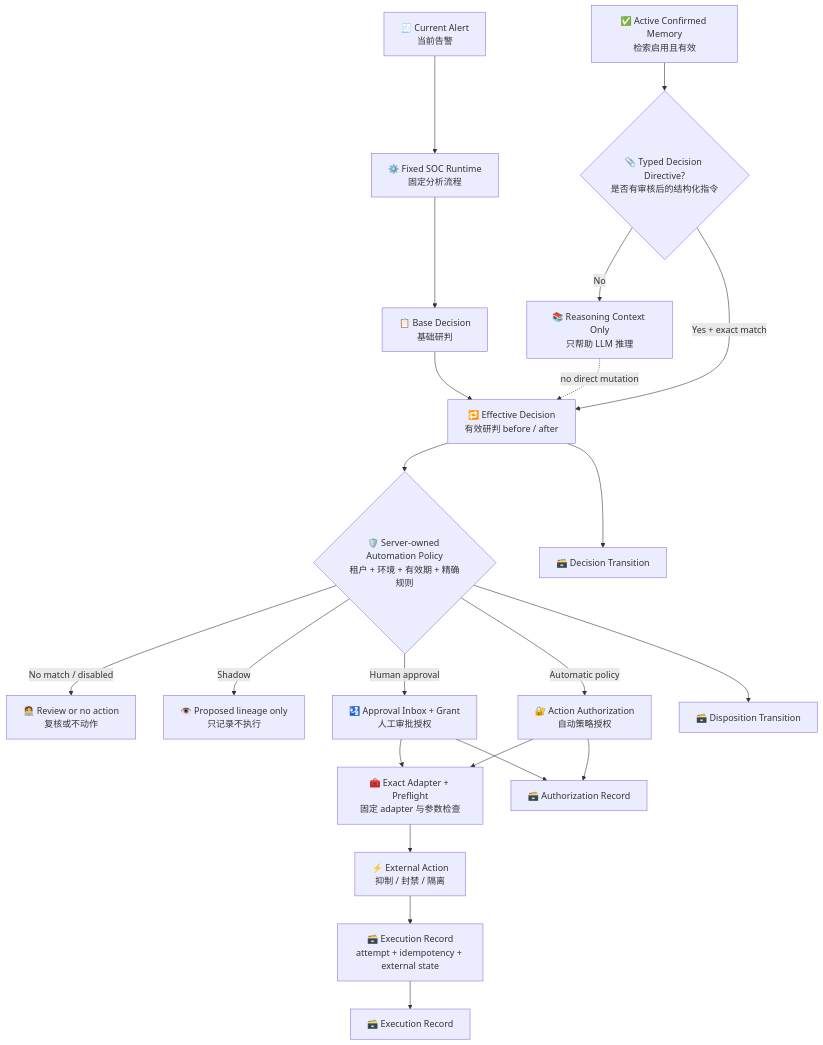
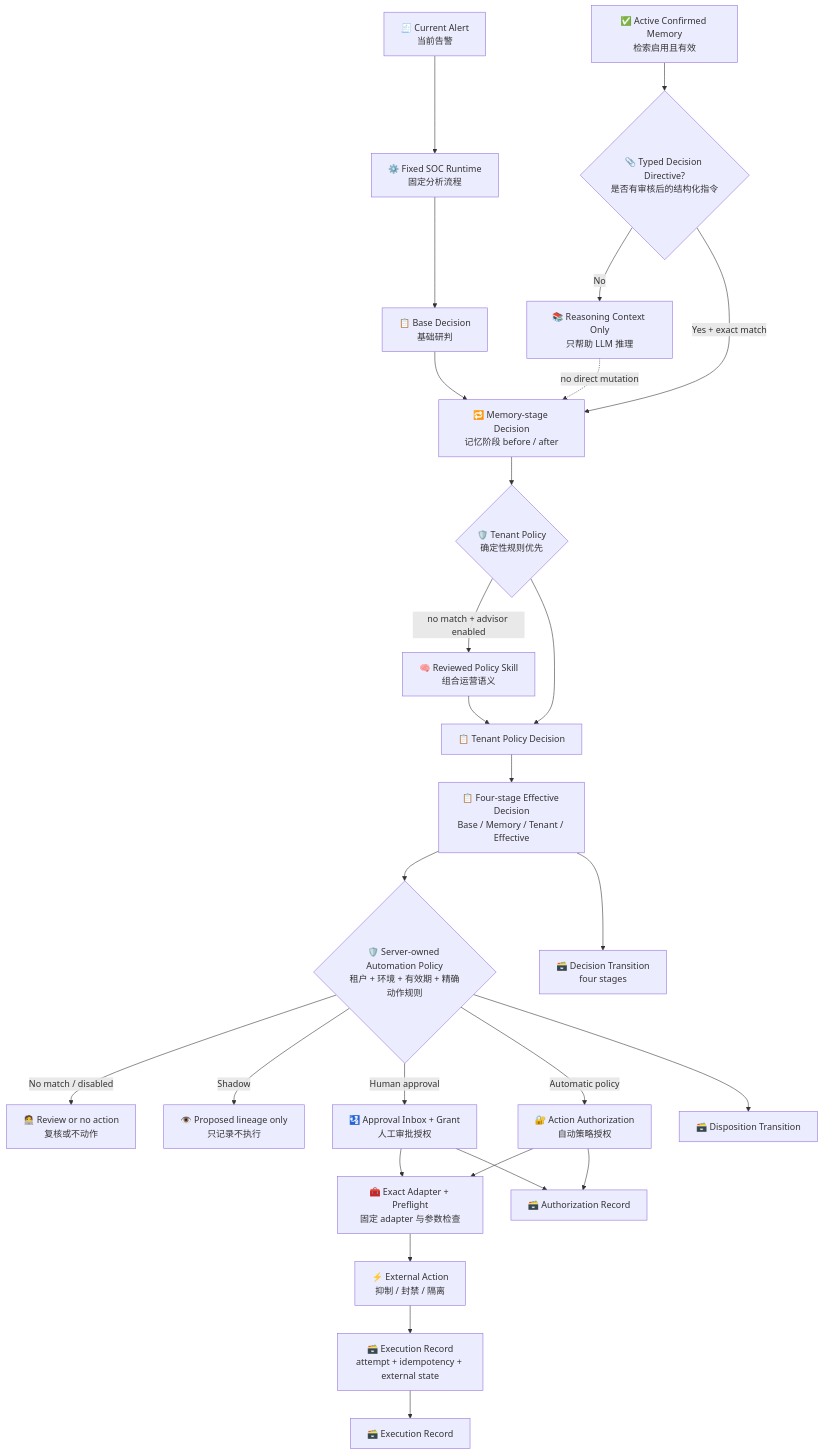
Before and after one commit to yydspanda/deer-flow: the diagram in .notes/ai_soc/governance/decision-disposition-action-automation.md, drawn with Mermaid. The commit also changed other lines of this file and 39 other files, not shown here.

Commit message:
feat(soc): govern tenant policy decision stages

````diff
--- a/.notes/ai_soc/governance/decision-disposition-action-automation.md
+++ b/.notes/ai_soc/governance/decision-disposition-action-automation.md
@@ -29,28 +33,34 @@
 ```mermaid
 flowchart TD
     A["🧾 Current Alert<br/>当前告警"] --> R["⚙️ Fixed SOC Runtime<br/>固定分析流程"]
     R --> B["📋 Base Decision<br/>基础研判"]
 
     M["✅ Active Confirmed Memory<br/>检索启用且有效"] --> D{"📎 Typed Decision Directive?<br/>是否有审核后的结构化指令"}
     D -->|No| C["📚 Reasoning Context Only<br/>只帮助 LLM 推理"]
-    D -->|Yes + exact match| E["🔁 Effective Decision<br/>有效研判 before / after"]
+    D -->|Yes + exact match| E["🔁 Memory-stage Decision<br/>记忆阶段 before / after"]
     B --> E
     C -. "no direct mutation" .-> E
 
-    E --> P{"🛡️ Server-owned Automation Policy<br/>租户 + 环境 + 有效期 + 精确规则"}
+    E --> TP{"🛡️ Tenant Policy<br/>确定性规则优先"}
+    TP -->|no match + advisor enabled| TPS["🧠 Reviewed Policy Skill<br/>组合运营语义"]
+    TP --> TD["📋 Tenant Policy Decision"]
+    TPS --> TD
+    TD --> F["📋 Four-stage Effective Decision<br/>Base / Memory / Tenant / Effective"]
+
+    F --> P{"🛡️ Server-owned Automation Policy<br/>租户 + 环境 + 有效期 + 精确动作规则"}
     P -->|No match / disabled| Q["🧑‍💻 Review or no action<br/>复核或不动作"]
     P -->|Shadow| S["👁️ Proposed lineage only<br/>只记录不执行"]
     P -->|Human approval| H["🛂 Approval Inbox + Grant<br/>人工审批授权"]
     P -->|Automatic policy| U["🔐 Action Authorization<br/>自动策略授权"]
 
     H --> X["🧰 Exact Adapter + Preflight<br/>固定 adapter 与参数检查"]
     U --> X
     X --> Y["⚡ External Action<br/>抑制 / 封禁 / 隔离"]
     Y --> Z["🗃️ Execution Record<br/>attempt + idempotency + external state"]
 
-    E --> DT["🗃️ Decision Transition"]
+    F --> DT["🗃️ Decision Transition<br/>four stages"]
     P --> DP["🗃️ Disposition Transition"]
     H --> AU["🗃️ Authorization Record"]
     U --> AU
     Z --> EX["🗃️ Execution Record"]
 ```
````
